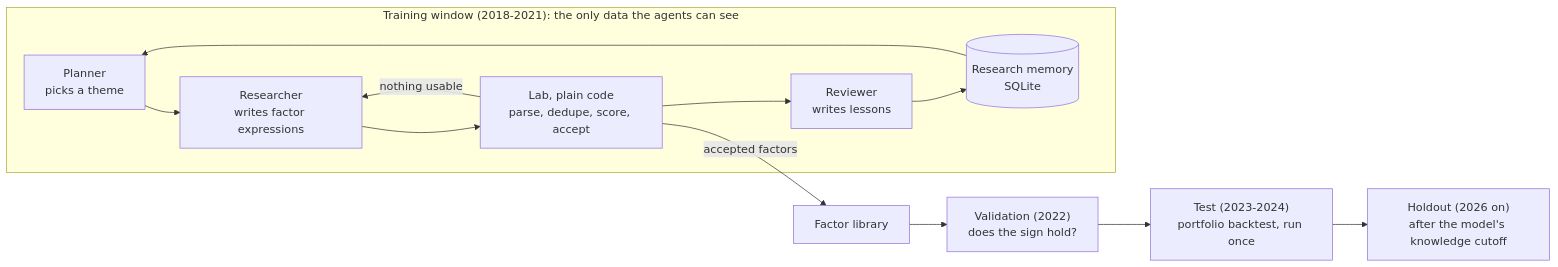
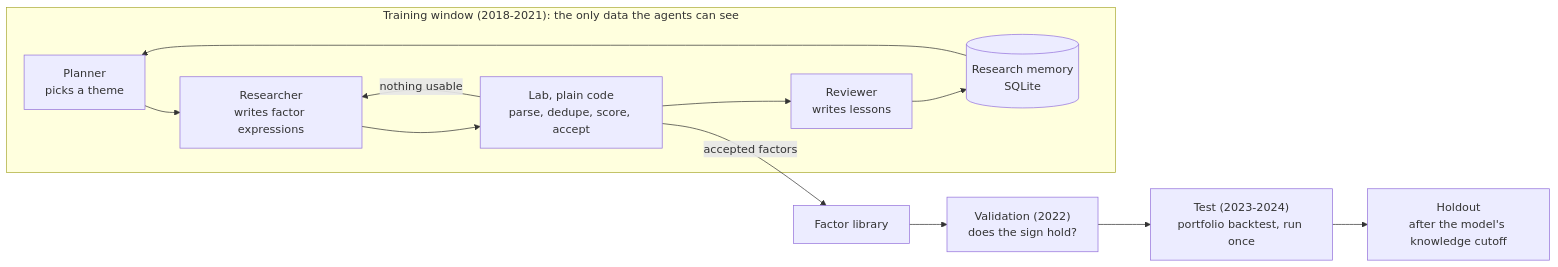
The diagram in README_EN.md (yuhang2551/timefence-mini), drawn with Mermaid before and after one commit. The commit also changed other lines of this file and 16 other files, not shown here.

````diff
--- a/README_EN.md
+++ b/README_EN.md
@@ -11,15 +11,15 @@
 ```mermaid
 flowchart LR
     subgraph train["Training window (2018-2021): the only data the agents can see"]
         P[Planner<br/>picks a theme] --> R[Researcher<br/>writes factor expressions]
         R --> J[Lab, plain code<br/>parse, dedupe, score, accept]
         J -->|nothing usable| R
         J --> V[Reviewer<br/>writes lessons]
         V --> M[(Research memory<br/>SQLite)]
         M --> P
     end
     J -->|accepted factors| L[Factor library]
     L --> VA["Validation (2022)<br/>does the sign hold?"]
     VA --> T["Test (2023-2024)<br/>portfolio backtest, run once"]
-    T --> H["Holdout (2026 on)<br/>after the model's knowledge cutoff"]
+    T --> H["Holdout<br/>after the model's knowledge cutoff"]
 ```
````
